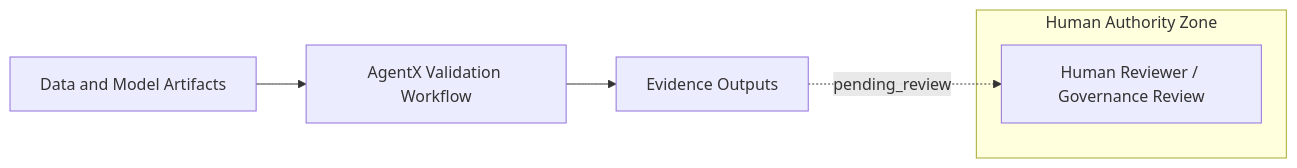
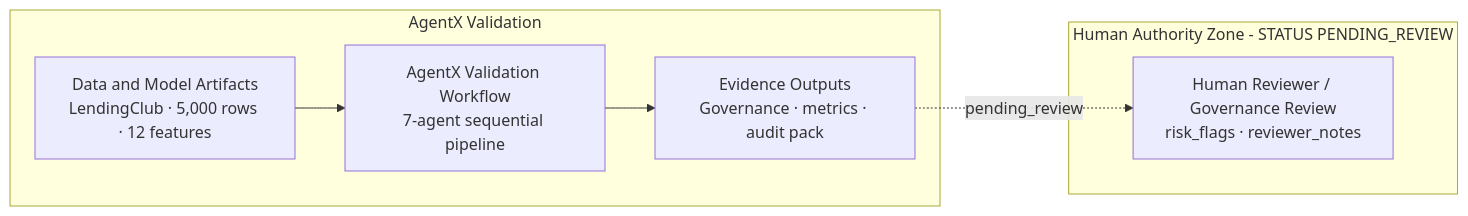
Before and after one commit to IjazKakkodDS/agentx-risk-validation-system: the diagram in docs/architecture/source/01_product_workflow_review_boundary.mmd, drawn with Mermaid. The commit also changed 9 other files, not shown here.

Commit message:
docs: enrich architecture narrative diagrams

```diff
--- a/docs/architecture/source/01_product_workflow_review_boundary.mmd
+++ b/docs/architecture/source/01_product_workflow_review_boundary.mmd
@@ -1,7 +1,9 @@
 flowchart LR
-    A[Data and Model Artifacts] --> B[AgentX Validation Workflow]
-    B --> C[Evidence Outputs]
+    subgraph AgentX Validation
+        A["Data and Model Artifacts<br/>LendingClub · 5,000 rows · 12 features"] --> B["AgentX Validation Workflow<br/>7-agent sequential pipeline"]
+        B --> C["Evidence Outputs<br/>Governance · metrics · audit pack"]
+    end
     C -. pending_review .-> D
-    subgraph Human Authority Zone
-        D[Human Reviewer / Governance Review]
+    subgraph Human Authority Zone - STATUS PENDING_REVIEW
+        D["Human Reviewer / Governance Review<br/>risk_flags · reviewer_notes"]
     end
```
